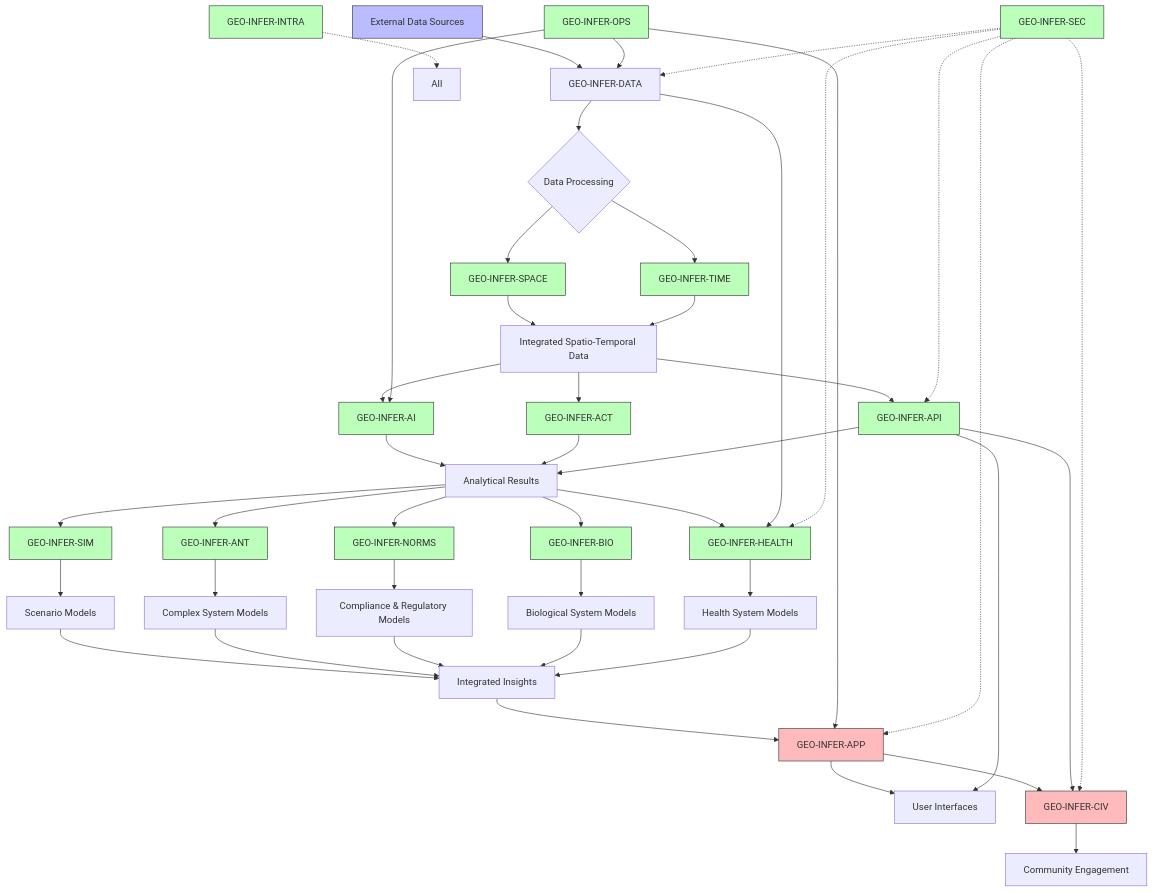
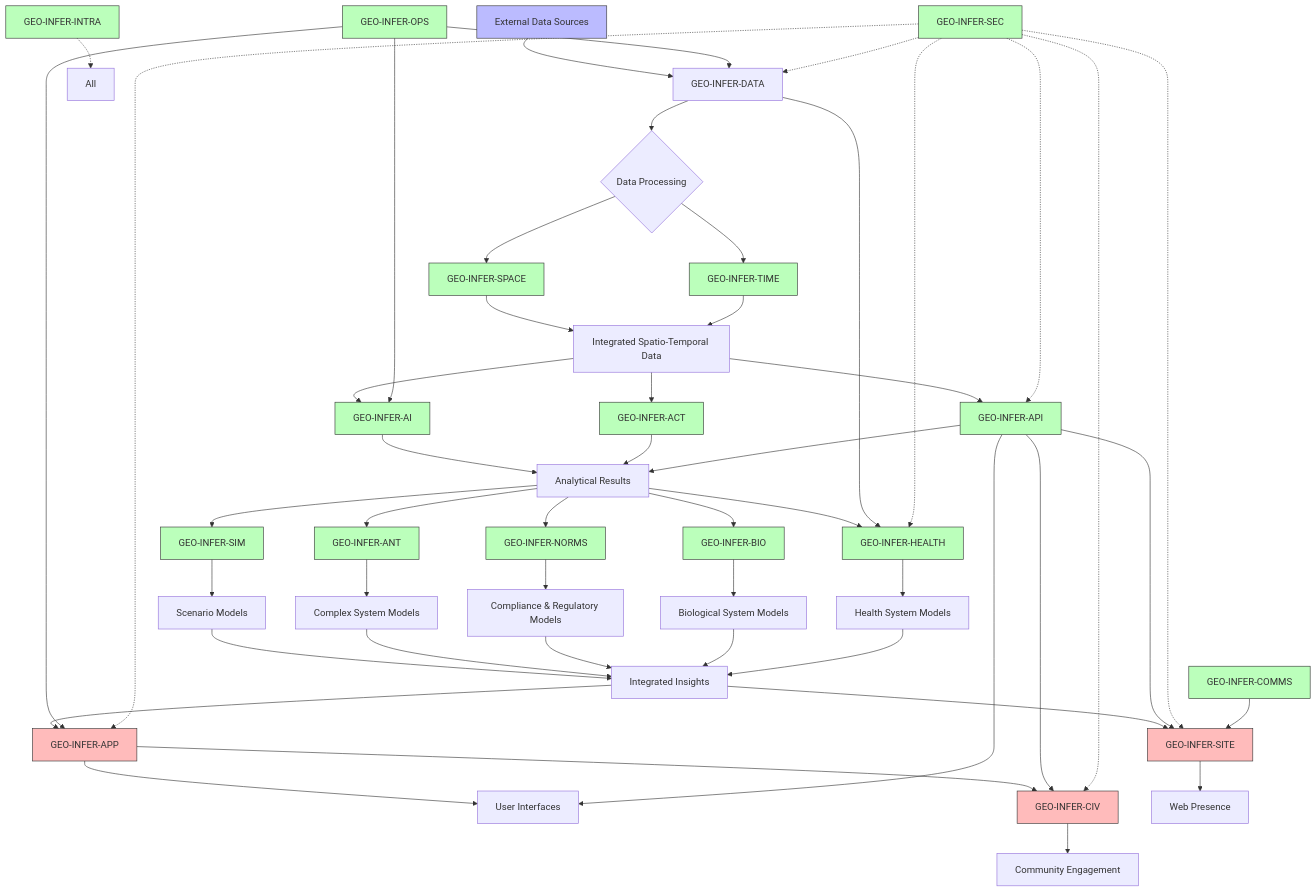
The fourth of 5 diagrams in README.md (ActiveInferenceInstitute/GEO-INFER), drawn with Mermaid before and after one commit. The commit also changed other lines of this file and 14 other files, not shown here.

````diff
--- a/README.md
+++ b/README.md
@@ -762,46 +811,49 @@
 ```mermaid
 flowchart TD
     classDef input fill:#bbf,stroke:#333,stroke-width:1px
     classDef process fill:#bfb,stroke:#333,stroke-width:1px
     classDef output fill:#fbb,stroke:#333,stroke-width:1px
     
     %% Data Collection & Processing
     A[External Data Sources]:::input --> B[GEO-INFER-DATA]
     B --> C{Data Processing}
     C --> D[GEO-INFER-SPACE]:::process
     C --> E[GEO-INFER-TIME]:::process
     
     %% Analysis Pipeline
     D & E --> F[Integrated Spatio-Temporal Data]
     F --> G[GEO-INFER-AI]:::process
     F --> H[GEO-INFER-ACT]:::process
     F --> X[GEO-INFER-SPM]:::process
     G & H & X --> I[Analytical Results]
     
     %% Simulation & Modeling
     I --> J[GEO-INFER-SIM]:::process
     J --> K[Scenario Models]
     I --> L[GEO-INFER-ANT]:::process
     L --> M[Complex System Models]
     I --> N[GEO-INFER-NORMS]:::process
     N --> O[Compliance & Regulatory Models]
     I --> P[GEO-INFER-BIO]:::process
     P --> Q[Biological System Models]
     I --> HEALTH_MOD[GEO-INFER-HEALTH]:::process
     B --> HEALTH_MOD
     HEALTH_MOD --> HEALTH_MOD_OUT[Health System Models]
     
     %% Presentation & Interaction
     K & M & O & Q & HEALTH_MOD_OUT --> R[Integrated Insights]
     R --> S[GEO-INFER-APP]:::output
     S --> T[User Interfaces]
     S --> U[GEO-INFER-CIV]:::output
     U --> V[Community Engagement]
+    R --> SITE_MOD[GEO-INFER-SITE]:::output
+    SITE_MOD --> W_SITE[Web Presence]
     
     %% Core Services
     W[GEO-INFER-OPS]:::process --> B & G & S
-    X[GEO-INFER-API]:::process --> T & U
-    Y[GEO-INFER-SEC]:::process -.-> B & X & S & U
+    X[GEO-INFER-API]:::process --> T & U & SITE_MOD
+    Y[GEO-INFER-SEC]:::process -.-> B & X & S & U & SITE_MOD
     Y -.-> HEALTH_MOD
     Z[GEO-INFER-INTRA]:::process -.-> All
+    COMMS_MOD[GEO-INFER-COMMS]:::process --> SITE_MOD
 ```
````
